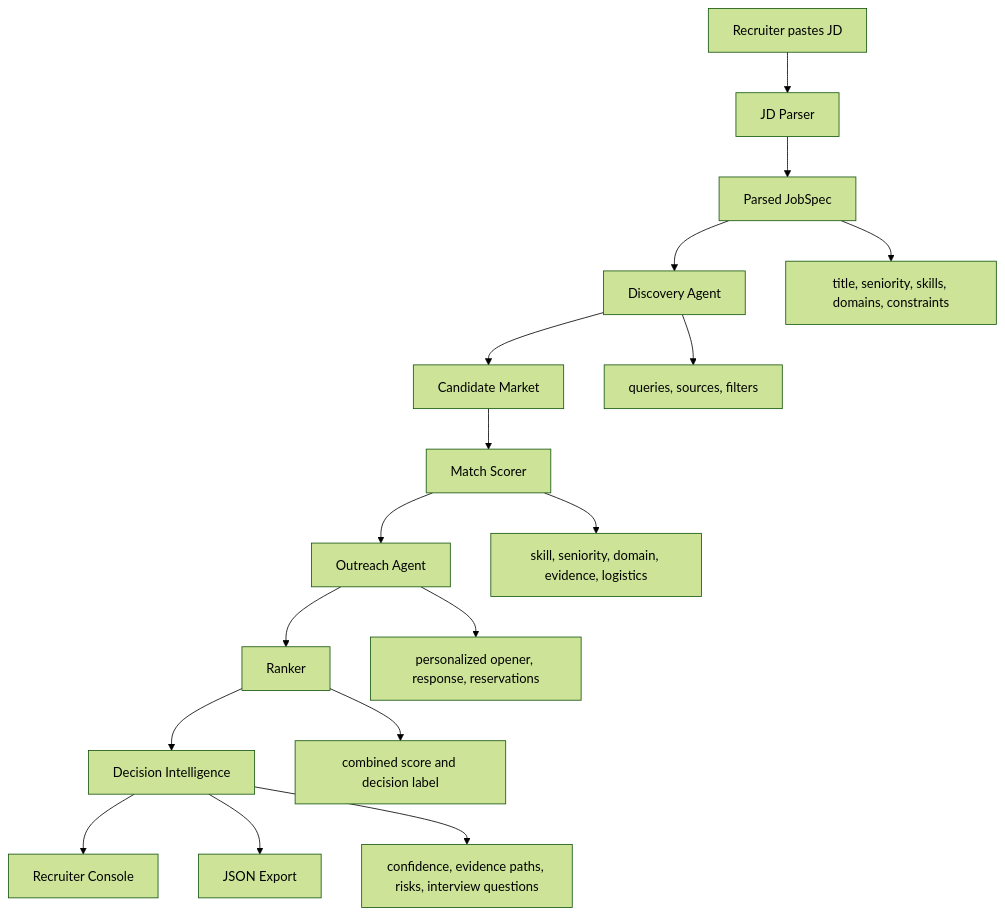
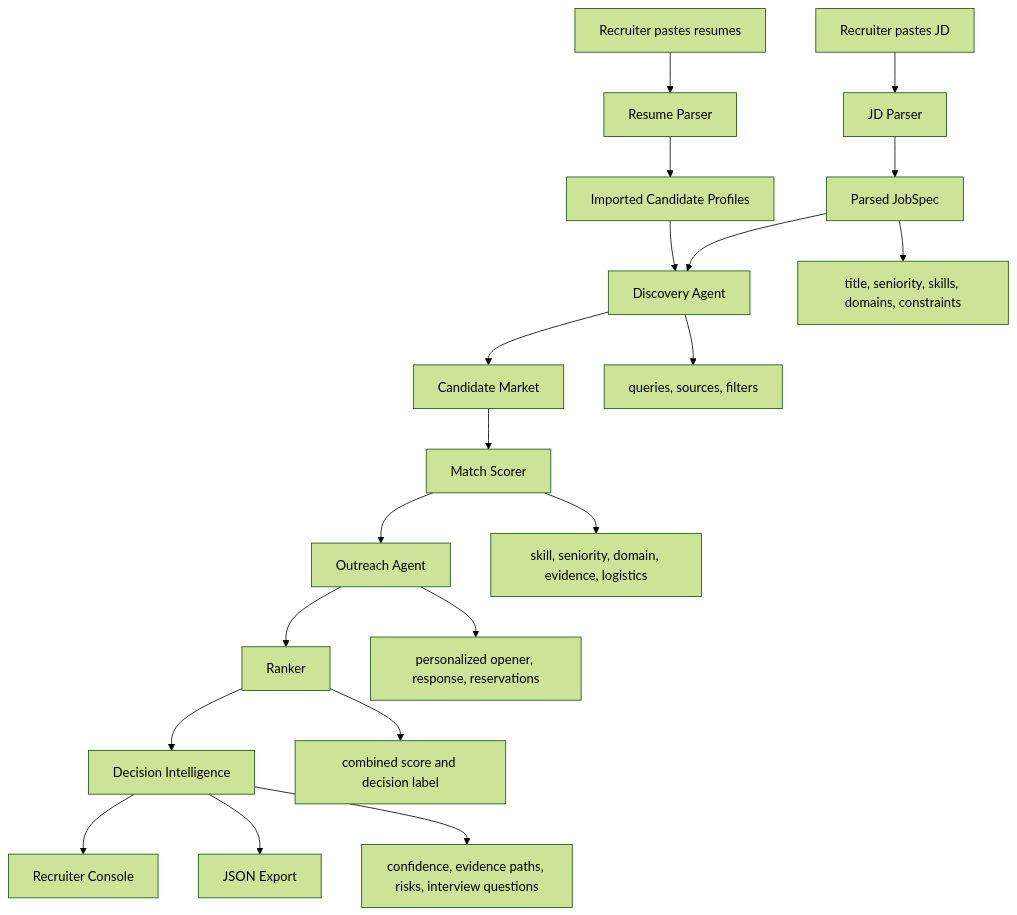
The diagram in docs/architecture.md (Sehaj64/catalyst-talent-agent), drawn with Mermaid (forest theme) before and after one commit. The commit also changed other lines of this file and 11 other files, not shown here.

````diff
--- a/docs/architecture.md
+++ b/docs/architecture.md
@@ -3,20 +3,23 @@
 ```mermaid
 flowchart TD
     A["Recruiter pastes JD"] --> B["JD Parser"]
+    R["Recruiter pastes resumes"] --> RP["Resume Parser"]
     B --> C["Parsed JobSpec"]
+    RP --> P["Imported Candidate Profiles"]
     C --> D["Discovery Agent"]
+    P --> D
     D --> E["Candidate Market"]
     E --> F["Match Scorer"]
     F --> G["Outreach Agent"]
     G --> H["Ranker"]
     H --> I["Decision Intelligence"]
     I --> J["Recruiter Console"]
     I --> K["JSON Export"]
 
     C --> C1["title, seniority, skills, domains, constraints"]
     D --> D1["queries, sources, filters"]
     F --> F1["skill, seniority, domain, evidence, logistics"]
     G --> G1["personalized opener, response, reservations"]
     H --> H1["combined score and decision label"]
     I --> I1["confidence, evidence paths, risks, interview questions"]
 ```
````
